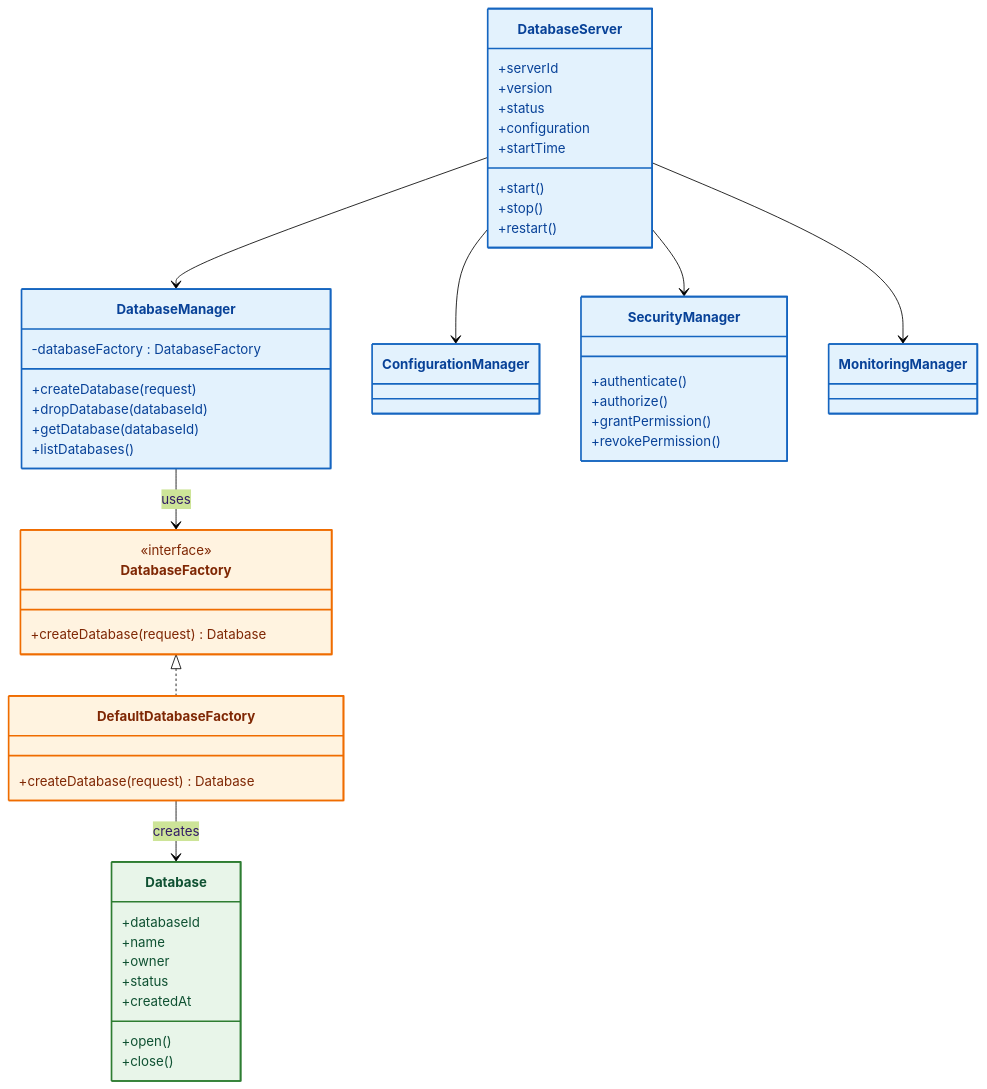
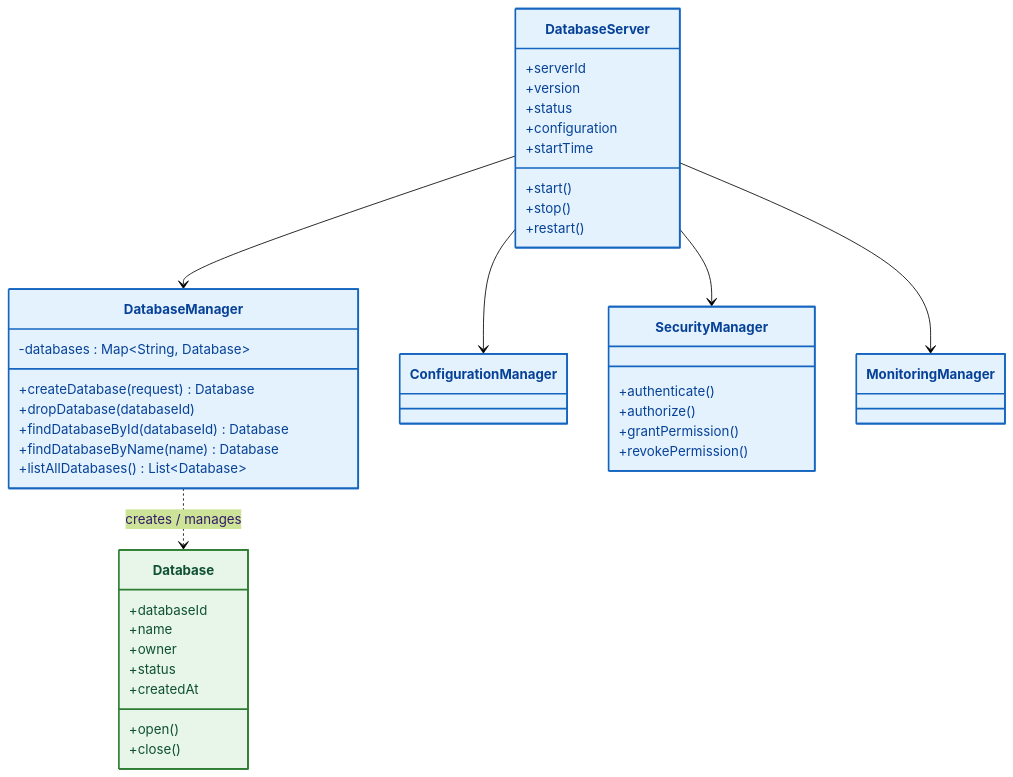
One commit to Huy1801214/dbms-architecture changed the third of 21 diagrams in docs/README.md. Above: the diagram before and after it, drawn with Mermaid (forest theme). The commit also changed other lines of this file and 5 other files, not shown here.

````diff
--- a/docs/README.md
+++ b/docs/README.md
@@ -618,82 +618,67 @@
 ```mermaid
 classDiagram
 direction TB
 
 class DatabaseServer{
     +serverId
     +version
     +status
     +configuration
     +startTime
 
     +start()
     +stop()
     +restart()
 }
 
 class DatabaseManager{
-    -databaseFactory : DatabaseFactory
+    -databases : Map~String, Database~
 
-    +createDatabase(request)
+    +createDatabase(request) Database
     +dropDatabase(databaseId)
-    +getDatabase(databaseId)
-    +listDatabases()
-}
-
-class DatabaseFactory{
-    <<interface>>
-    +createDatabase(request) Database
-}
-
-class DefaultDatabaseFactory{
-    +createDatabase(request) Database
+    +findDatabaseById(databaseId) Database
+    +findDatabaseByName(name) Database
+    +listAllDatabases() List~Database~
 }
 
 class Database{
     +databaseId
     +name
     +owner
     +status
     +createdAt
 
     +open()
     +close()
 }
 
 class ConfigurationManager
 
 class SecurityManager{
     +authenticate()
     +authorize()
     +grantPermission()
     +revokePermission()
 }
 
 class MonitoringManager
 
 DatabaseServer --> DatabaseManager
 DatabaseServer --> ConfigurationManager
 DatabaseServer --> SecurityManager
 DatabaseServer --> MonitoringManager
 
-DatabaseManager --> DatabaseFactory : uses
-
-DatabaseFactory <|.. DefaultDatabaseFactory
-
-DefaultDatabaseFactory --> Database : creates
+DatabaseManager ..> Database : creates / manages
 
 %% =====================================================
 %% STYLING DEFINITIONS
 %% =====================================================
 style DatabaseServer fill:#e3f2fd,stroke:#1565c0,stroke-width:2px,color:#084298
 style DatabaseManager fill:#e3f2fd,stroke:#1565c0,stroke-width:2px,color:#084298
 
-style DatabaseFactory fill:#fff3e0,stroke:#ef6c00,stroke-width:2px,color:#7f2704
-style DefaultDatabaseFactory fill:#fff3e0,stroke:#ef6c00,stroke-width:2px,color:#7f2704
-
 style ConfigurationManager fill:#e3f2fd,stroke:#1565c0,stroke-width:2px,color:#084298
 style SecurityManager fill:#e3f2fd,stroke:#1565c0,stroke-width:2px,color:#084298
 style MonitoringManager fill:#e3f2fd,stroke:#1565c0,stroke-width:2px,color:#084298
 
 style Database fill:#e8f5e9,stroke:#2e7d32,stroke-width:2px,color:#0f5132
 ```
````
